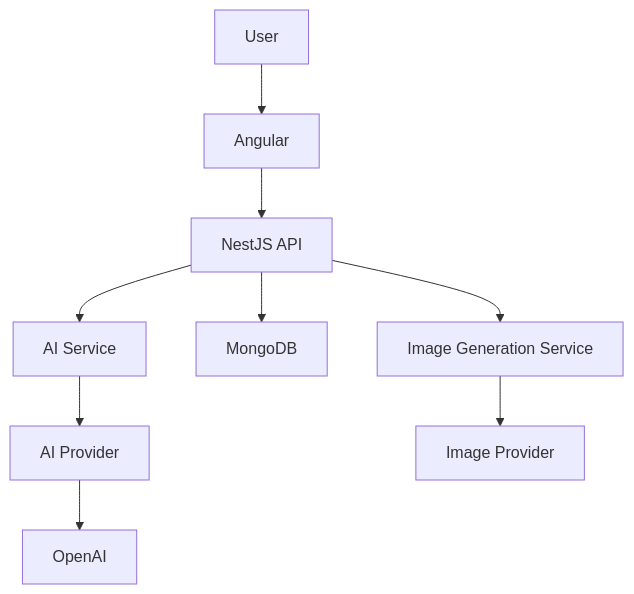
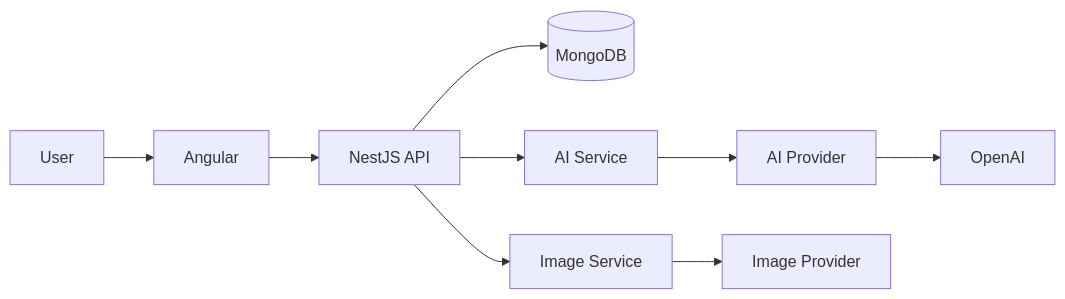
Before and after one commit to JoaoHero/what-if: the third of 3 diagrams in README.md, drawn with Mermaid. The commit also changed other lines of this file, not shown here.

````diff
--- a/README.md
+++ b/README.md
@@ -293,17 +419,14 @@
 ```mermaid
-flowchart TD
-    U["User"] --> A["Angular"]
+flowchart LR
+    USER["User"] --> FRONT["Angular"]
+    FRONT --> API["NestJS API"]
 
-    A --> API["NestJS API"]
+    API --> DB[("MongoDB")]
+    API --> AIS["AI Service"]
+    API --> IMG["Image Service"]
 
-    API --> AI["AI Service"]
-    API --> DB["MongoDB"]
+    AIS --> PROVIDER["AI Provider"]
+    IMG --> IPROVIDER["Image Provider"]
 
-    AI --> P["AI Provider"]
-
-    P --> O["OpenAI"]
-
-    API --> IMG["Image Generation Service"]
-
-    IMG --> IP["Image Provider"]
+    PROVIDER --> OPENAI["OpenAI"]
 ```
````
